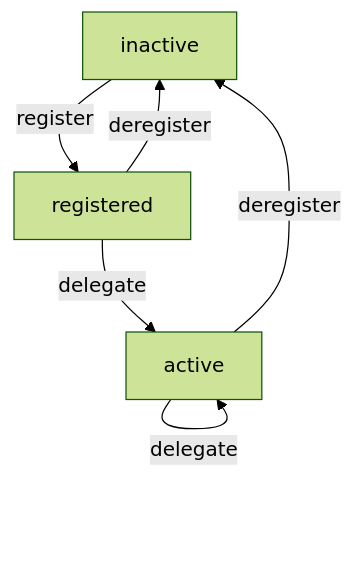
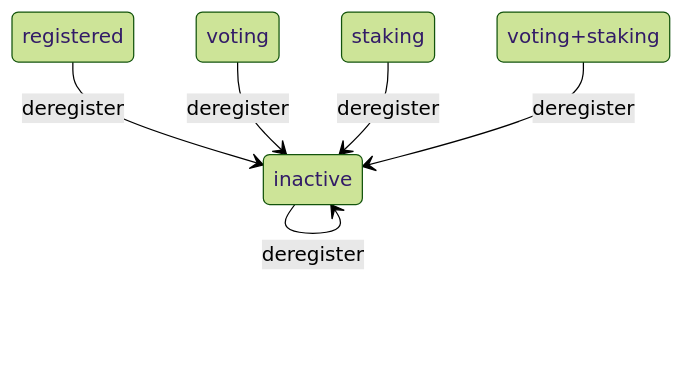
The second of 2 diagrams in specifications/Cardano/Wallet/delegation.md (cardano-foundation/cardano-wallet), drawn with Mermaid (forest theme) before and after one commit. The commit also changed other lines of this file, not shown here.

````diff
--- a/specifications/Cardano/Wallet/delegation.md
+++ b/specifications/Cardano/Wallet/delegation.md
@@ -47,8 +119,8 @@
 ```mermaid
-flowchart TD
-    inactive -->|register| registered
-    registered --> |delegate| active
-    registered --> |deregister| inactive
-    active --> |deregister| inactive
-    active --> |delegate| active
+stateDiagram
+    inactive --> inactive : deregister
+    registered --> inactive : deregister
+    voting --> inactive : deregister
+    staking --> inactive : deregister
+    voting+staking --> inactive : deregister
 ```
````
